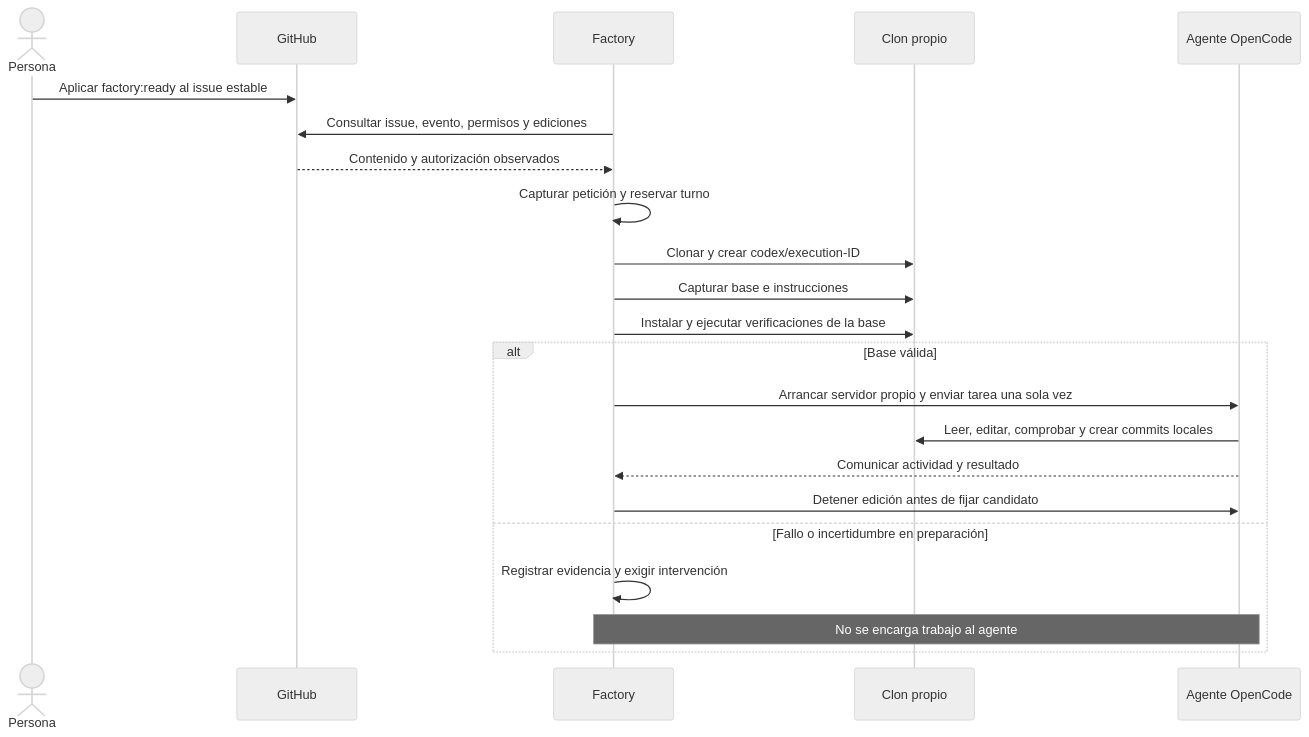
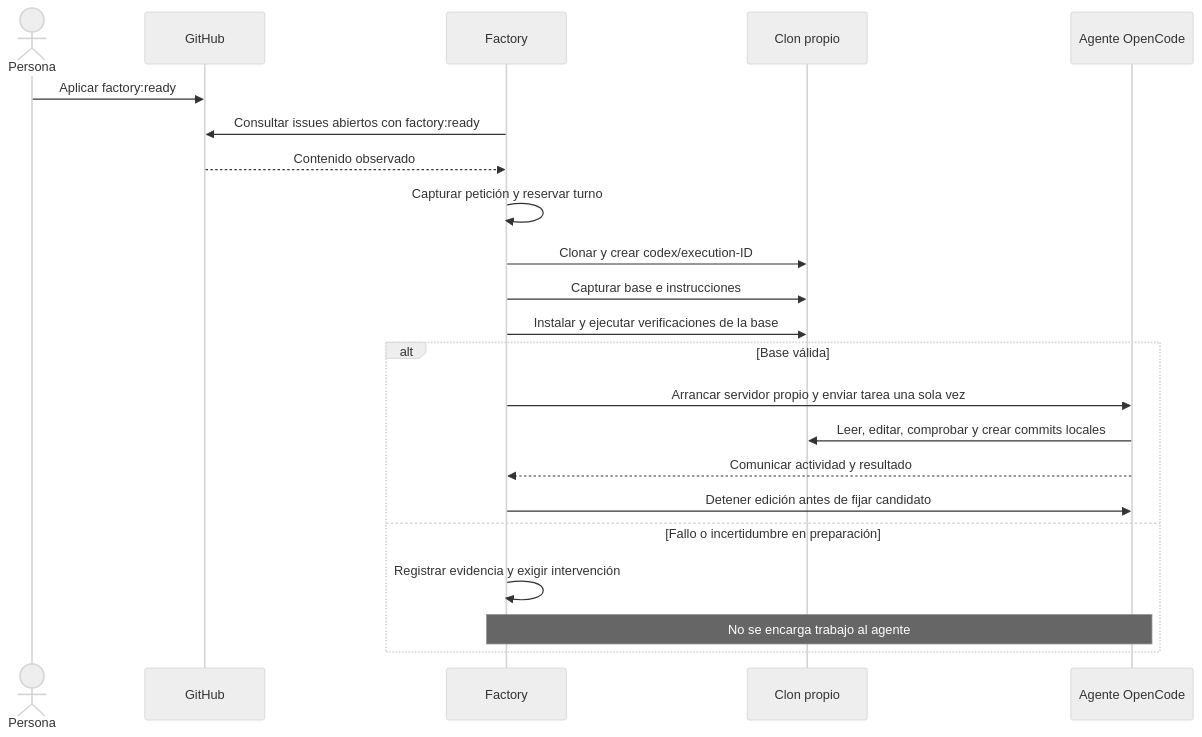
One commit to rubenbp/app-foundry changed the third of 3 diagrams in docs/manual/02-issue-y-trabajo.md. Above: the diagram before and after it, drawn with Mermaid (neutral theme). The commit also changed other lines of this file and 31 other files, not shown here.

Commit message:
Simplify issue admission to factory:ready

````diff
--- a/docs/manual/02-issue-y-trabajo.md
+++ b/docs/manual/02-issue-y-trabajo.md
@@ -68,24 +64,24 @@
 ```mermaid
 sequenceDiagram
     actor H as Persona
     participant G as GitHub
     participant F as Factory
     participant W as Clon propio
     participant A as Agente OpenCode
-    H->>G: Aplicar factory:ready al issue estable
-    F->>G: Consultar issue, evento, permisos y ediciones
-    G-->>F: Contenido y autorización observados
+    H->>G: Aplicar factory:ready
+    F->>G: Consultar issues abiertos con factory:ready
+    G-->>F: Contenido observado
     F->>F: Capturar petición y reservar turno
     F->>W: Clonar y crear codex/execution-ID
     F->>W: Capturar base e instrucciones
     F->>W: Instalar y ejecutar verificaciones de la base
     alt Base válida
         F->>A: Arrancar servidor propio y enviar tarea una sola vez
         A->>W: Leer, editar, comprobar y crear commits locales
         A-->>F: Comunicar actividad y resultado
         F->>A: Detener edición antes de fijar candidato
     else Fallo o incertidumbre en preparación
         F->>F: Registrar evidencia y exigir intervención
         Note over F,A: No se encarga trabajo al agente
     end
 ```
````
